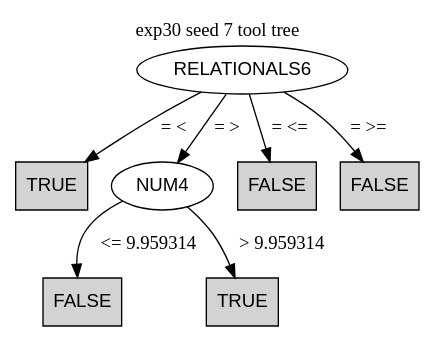
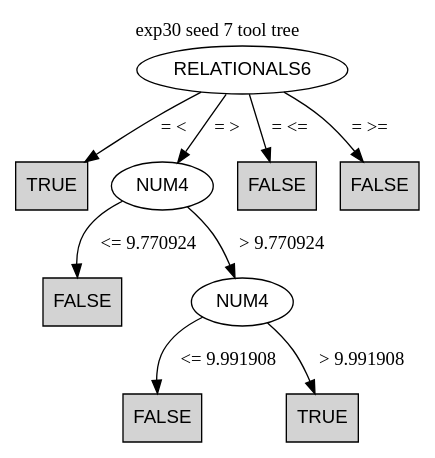
The diagram in derived_results/tool_trees/exp30/seed7/tool_tree.dot (rdinizcal/Diagnosis-replication-package), drawn with Graphviz before and after one commit. The commit also changed 666 other files, not shown here.

```diff
--- a/derived_results/tool_trees/exp30/seed7/tool_tree.dot
+++ b/derived_results/tool_trees/exp30/seed7/tool_tree.dot
@@ -1,18 +1,22 @@
 digraph J48Tree {
 rankdir=TB;
 node [fontname=Helvetica];
 label="exp30 seed 7 tool tree"; labelloc=t;
 N0 [label="RELATIONALS6",shape=ellipse];
 N1 [label="TRUE",shape=box,style=filled,fillcolor=lightgray];
 N2 [label="NUM4",shape=ellipse];
 N3 [label="FALSE",shape=box,style=filled,fillcolor=lightgray];
-N4 [label="TRUE",shape=box,style=filled,fillcolor=lightgray];
+N4 [label="NUM4",shape=ellipse];
 N5 [label="FALSE",shape=box,style=filled,fillcolor=lightgray];
-N6 [label="FALSE",shape=box,style=filled,fillcolor=lightgray];
+N6 [label="TRUE",shape=box,style=filled,fillcolor=lightgray];
+N7 [label="FALSE",shape=box,style=filled,fillcolor=lightgray];
+N8 [label="FALSE",shape=box,style=filled,fillcolor=lightgray];
 N0 -> N1 [label="= <"];
 N0 -> N2 [label="= >"];
-N2 -> N3 [label="<= 9.959314"];
-N2 -> N4 [label="> 9.959314"];
-N0 -> N5 [label="= <="];
-N0 -> N6 [label="= >="];
+N2 -> N3 [label="<= 9.770924"];
+N2 -> N4 [label="> 9.770924"];
+N4 -> N5 [label="<= 9.991908"];
+N4 -> N6 [label="> 9.991908"];
+N0 -> N7 [label="= <="];
+N0 -> N8 [label="= >="];
 }
```
